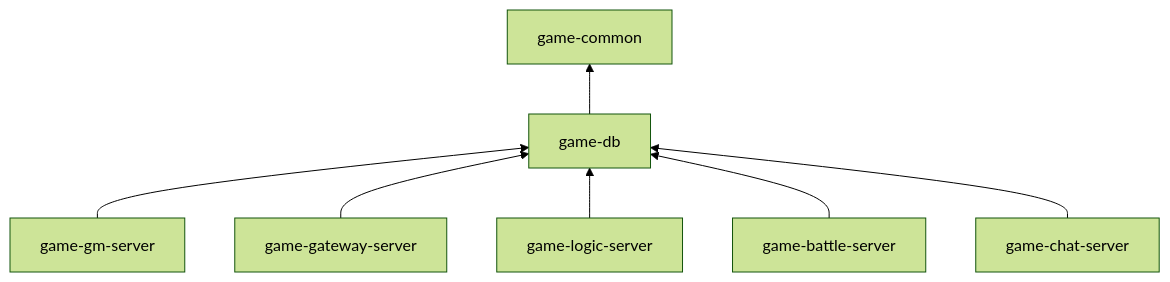
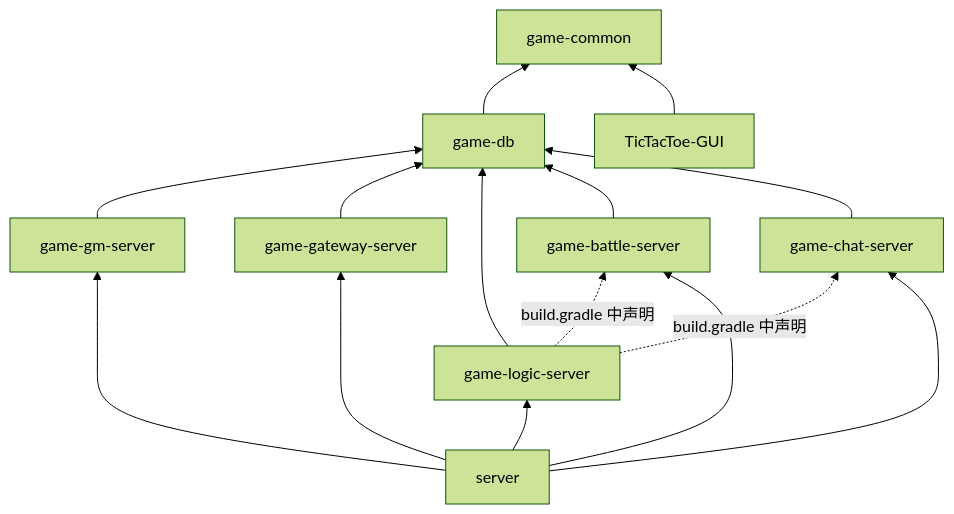
One commit to 132982jianan/JGameServer changed the second of 8 diagrams in doc/01_架构设计文档.md. Above: the diagram before and after it, drawn with Mermaid (forest theme). The commit also changed other lines of this file, not shown here.

````diff
--- a/doc/01_架构设计文档.md
+++ b/doc/01_架构设计文档.md
@@ -123,17 +139,14 @@
 ```mermaid
 flowchart BT
-    COMMON["game-common"]
-    DB["game-db"]
-    GM["game-gm-server"]
-    GW["game-gateway-server"]
-    LG["game-logic-server"]
-    BT["game-battle-server"]
-    CH["game-chat-server"]
-
-    DB --> COMMON
-    GM --> DB
-    GW --> DB
-    LG --> DB
-    BT --> DB
-    CH --> DB
+    Common["game-common"]
+    DB["game-db"] --> Common
+    GM["game-gm-server"] --> DB
+    Gateway["game-gateway-server"] --> DB
+    Logic["game-logic-server"] --> DB
+    Battle["game-battle-server"] --> DB
+    Chat["game-chat-server"] --> DB
+    Logic -. "build.gradle 中声明" .-> Battle
+    Logic -. "build.gradle 中声明" .-> Chat
+    Server["server"] --> GM & Gateway & Logic & Battle & Chat
+    GUI["TicTacToe-GUI"] --> Common
 ```
````
